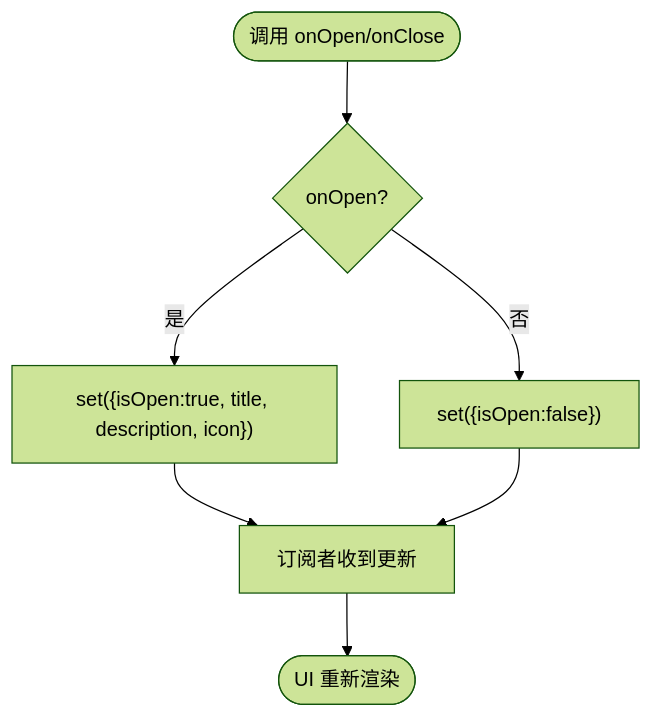
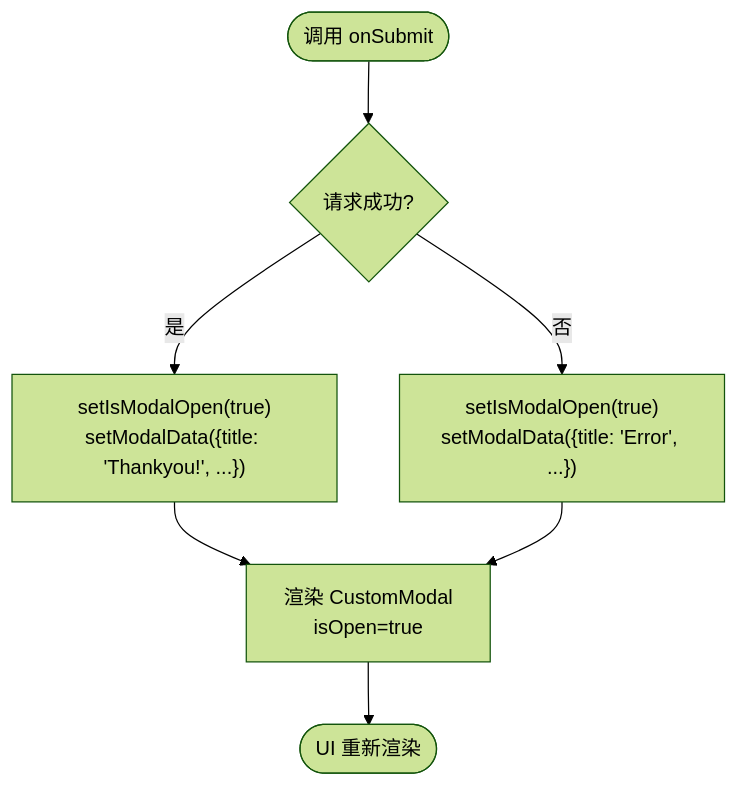
The third of 6 diagrams in .qoder/repowiki/zh/content/架构设计/数据流设计/状态管理数据流.md (florianjsun/next-portfolio), drawn with Mermaid (forest theme) before and after one commit. The commit also changed other lines of this file and 49 other files, not shown here.

````diff
--- a/.qoder/repowiki/zh/content/架构设计/数据流设计/状态管理数据流.md
+++ b/.qoder/repowiki/zh/content/架构设计/数据流设计/状态管理数据流.md
@@ -150,9 +134,9 @@
 ```mermaid
 flowchart TD
-Start(["调用 onOpen/onClose"]) --> Check{"onOpen?"}
-Check --> |是| SetOpen["set({isOpen:true, title, description, icon})"]
-Check --> |否| Close["set({isOpen:false})"]
-SetOpen --> Subscribers["订阅者收到更新"]
-Close --> Subscribers
-Subscribers --> End(["UI 重新渲染"])
+Start(["调用 onSubmit"]) --> Check{"请求成功?"}
+Check --> |是| Success["setIsModalOpen(true)<br/>setModalData({title: 'Thankyou!', ...})"]
+Check --> |否| Error["setIsModalOpen(true)<br/>setModalData({title: 'Error', ...})"]
+Success --> Render["渲染 CustomModal<br/>isOpen=true"]
+Error --> Render
+Render --> End(["UI 重新渲染"])
 ```
````
